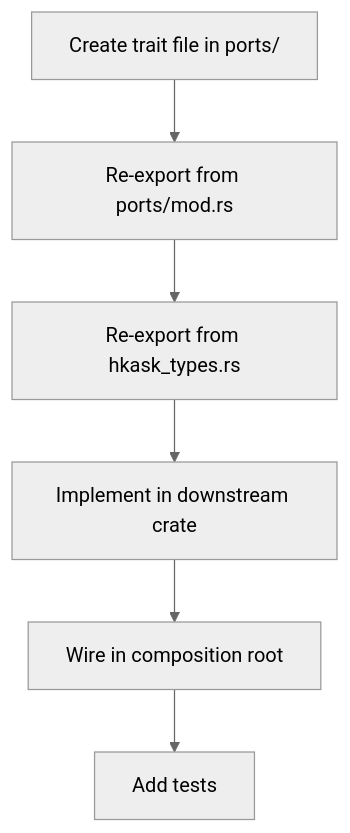
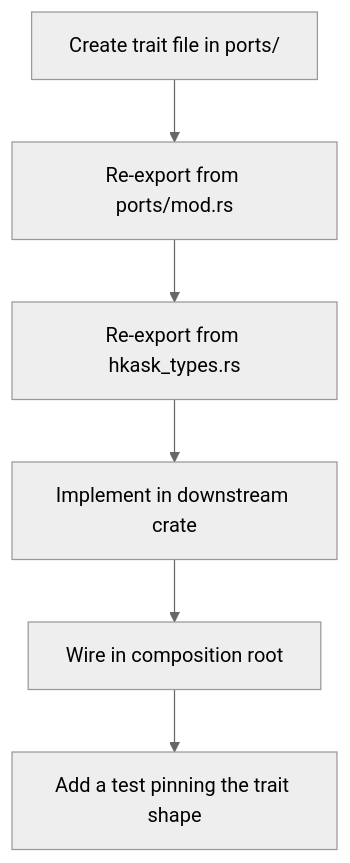
The second of 2 diagrams in kask/docs/diataxis/hkask-types/how-to.md (mdz-axo/zed-kask), drawn with Mermaid (neutral theme) before and after one commit. The commit also changed other lines of this file and 24 other files, not shown here.

````diff
--- a/kask/docs/diataxis/hkask-types/how-to.md
+++ b/kask/docs/diataxis/hkask-types/how-to.md
@@ -28,8 +92,8 @@
 ```mermaid
 flowchart TD
     A[Create trait file in ports/] --> B[Re-export from ports/mod.rs]
     B --> C[Re-export from hkask_types.rs]
     C --> D[Implement in downstream crate]
     D --> E[Wire in composition root]
-    E --> F[Add tests]
+    E --> F[Add a test pinning the trait shape]
 ```
````
